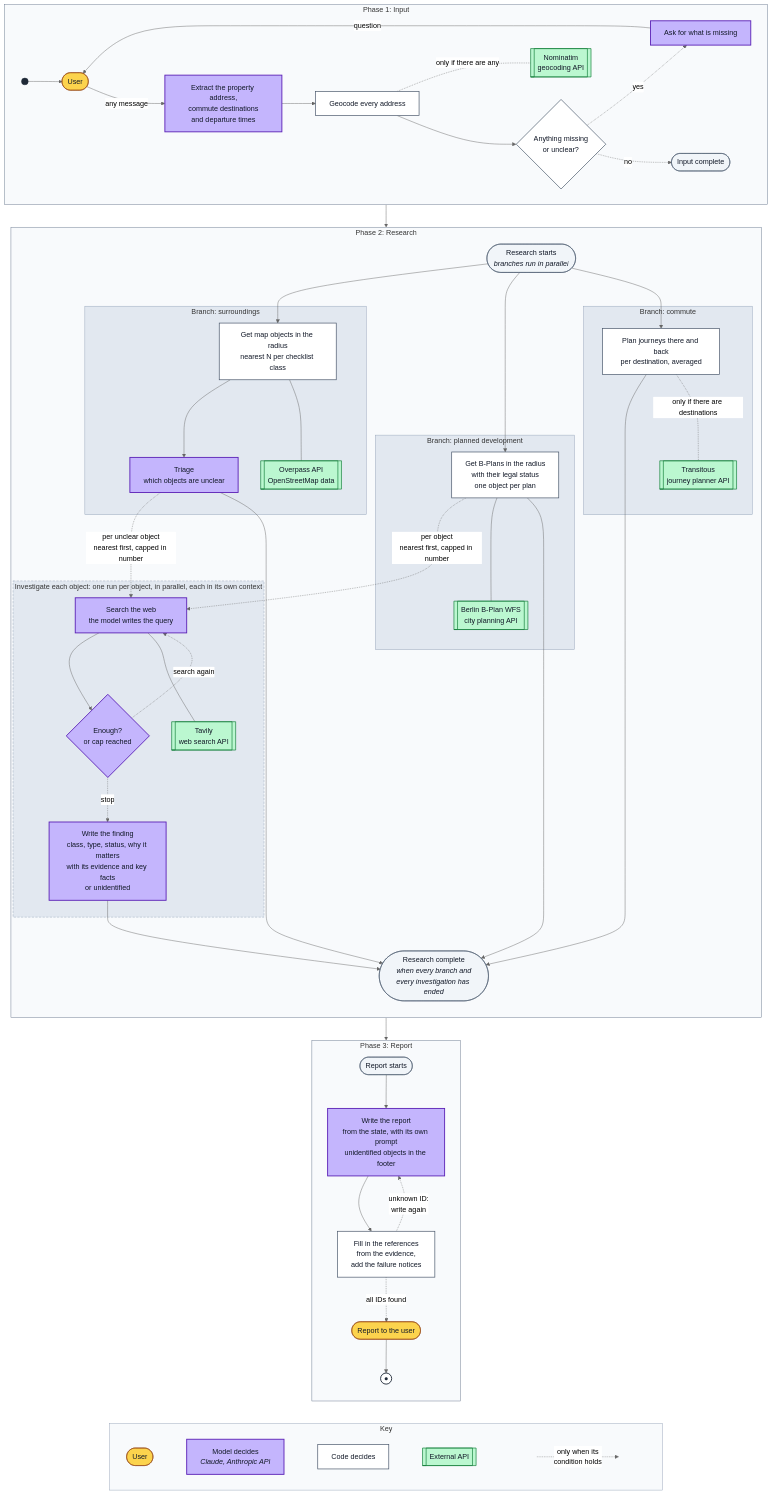
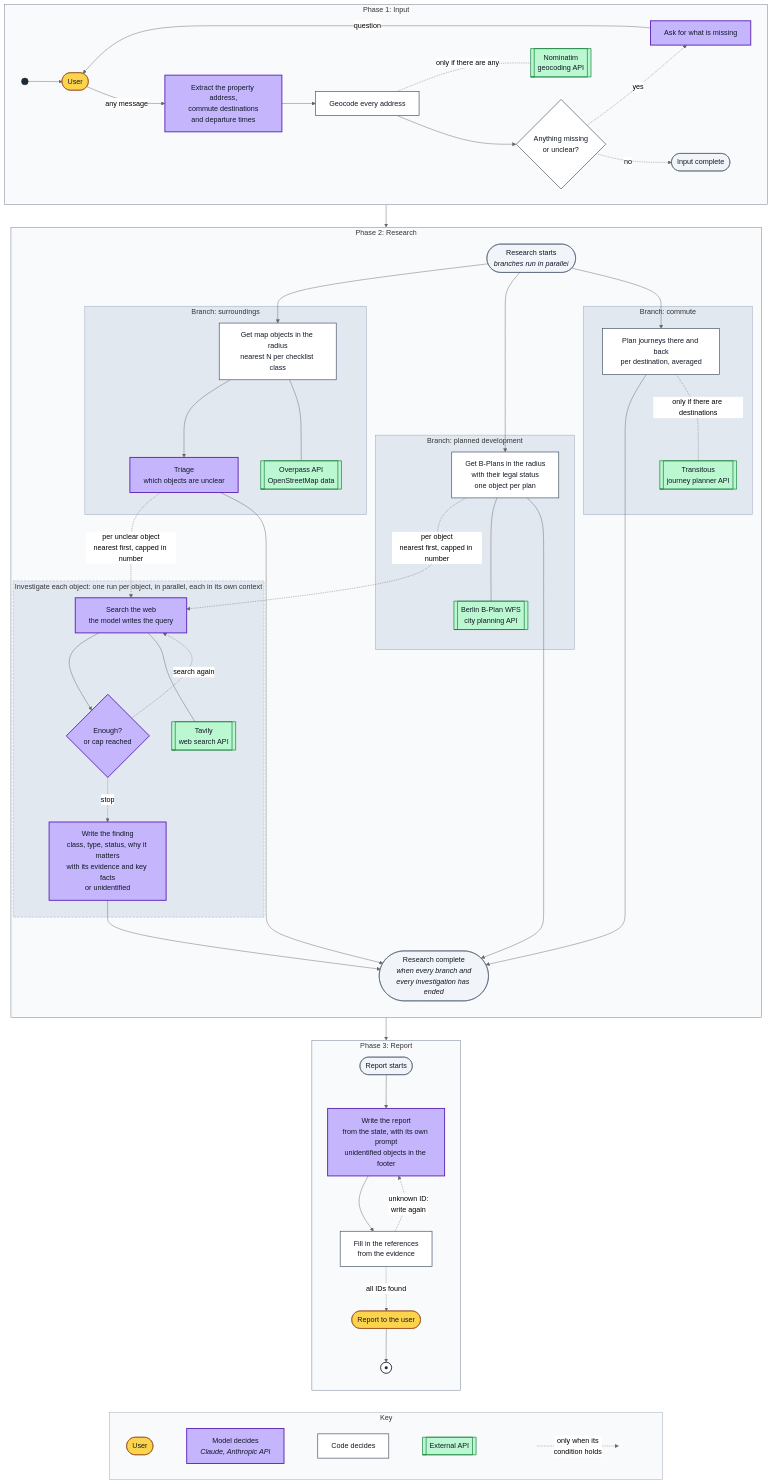
The first of 2 diagrams in docs/architecture.md (avashchenkov/out-of-frame), drawn with Mermaid (neutral theme) before and after one commit. The commit also changed other lines of this file, not shown here.

Commit message:
docs: show failure notices to the user at once

```diff
--- a/docs/architecture.md
+++ b/docs/architecture.md
@@ -77,7 +77,7 @@
         direction TB
         RS(["Report starts"]):::milestone
         W["Write the report<br/>from the state, with its own prompt<br/>unidentified objects in the footer"]:::model
-        REF["Fill in the references<br/>from the evidence,<br/>add the failure notices"]:::code
+        REF["Fill in the references<br/>from the evidence"]:::code
         OUT(["Report to the user"]):::human
         STOP(("●")):::stop
         RS --> W --> REF
```
